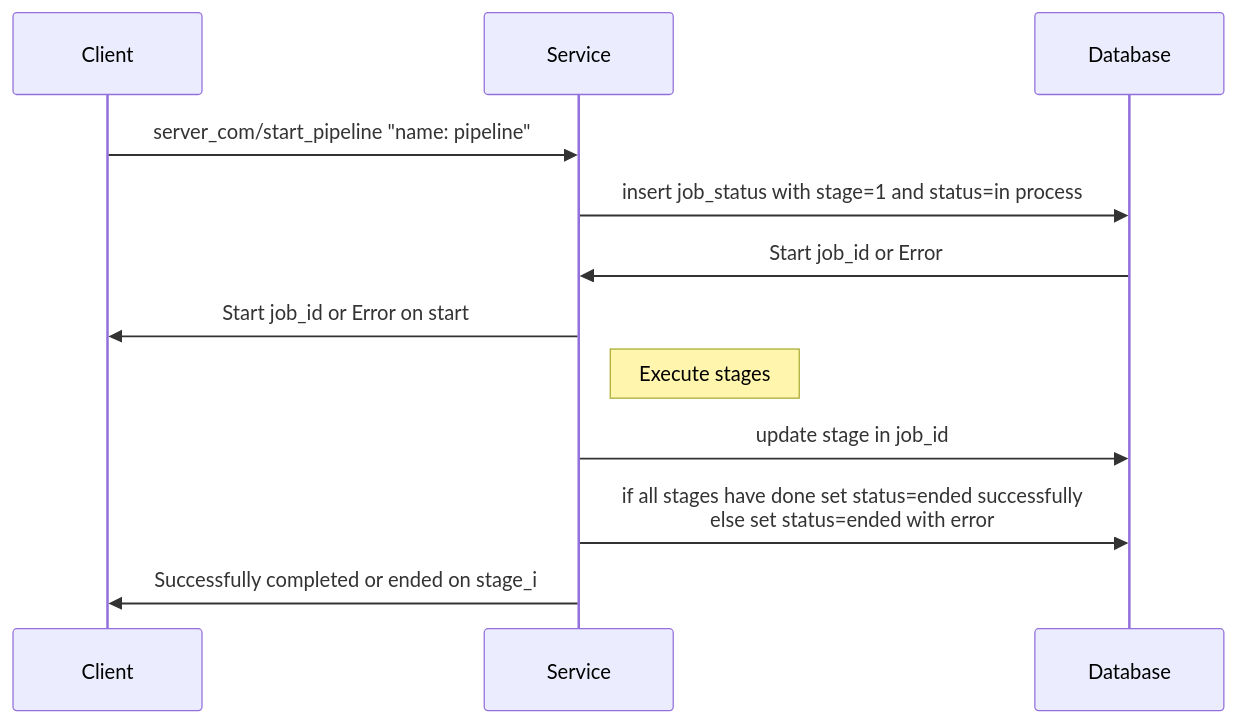
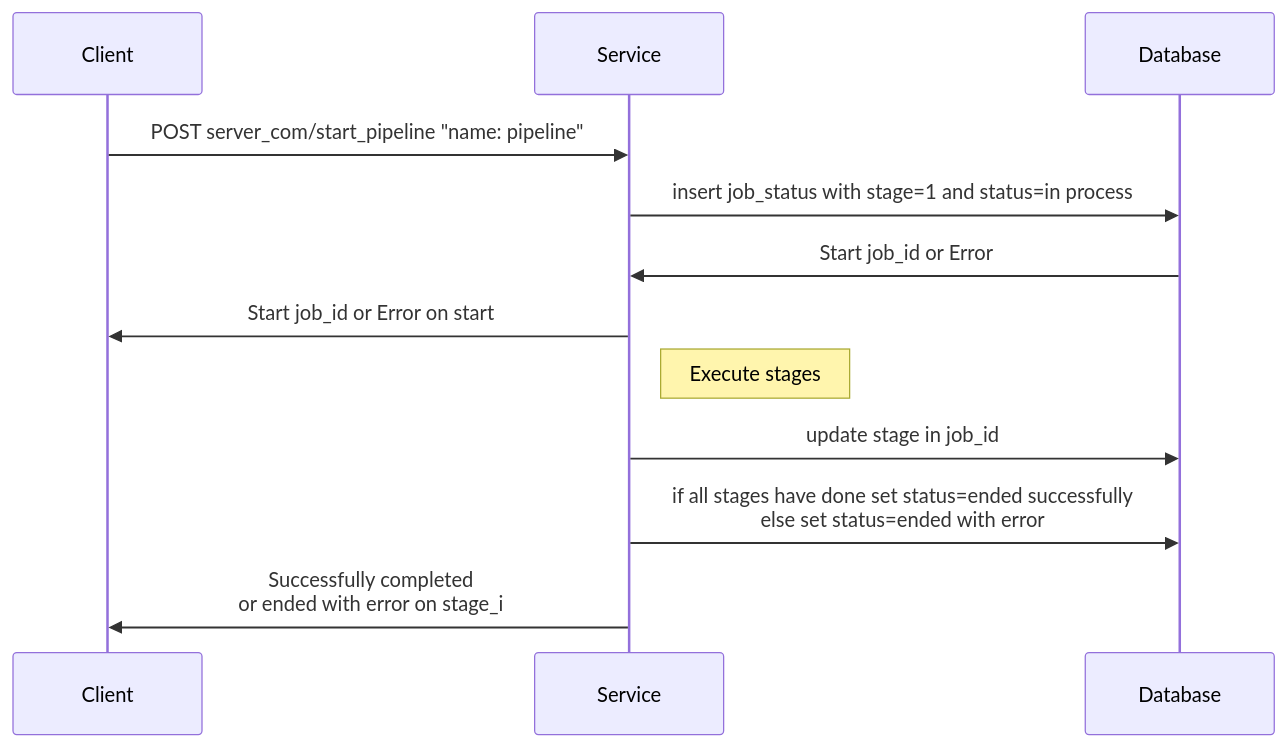
Before and after one commit to Jwostik/FastAPI: the second of 4 diagrams in pipeline.md, drawn with Mermaid. The commit also changed other lines of this file, not shown here.

````diff
--- a/pipeline.md
+++ b/pipeline.md
@@ -15,14 +15,14 @@
 ```mermaid
 sequenceDiagram
     participant C as Client
     participant S as Service
     participant D as Database
-    C->>S: server_com/start_pipeline "name: pipeline"
+    C->>S: POST server_com/start_pipeline "name: pipeline"
     S->>D: insert job_status with stage=1 and status=in process
     D->>S: Start job_id or Error
     S->>C: Start job_id or Error on start
     Note right of S: Execute stages
     S->>D: update stage in job_id
     S->>D: if all stages have done set status=ended successfully<br/>else set status=ended with error
-    S->>C: Successfully completed or ended on stage_i
+    S->>C: Successfully completed<br/> or ended with error on stage_i
 ```
````
